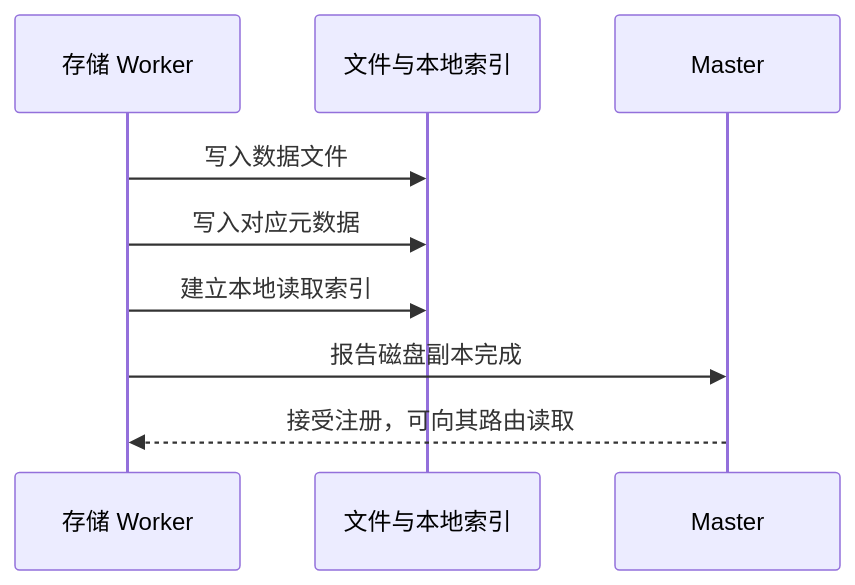
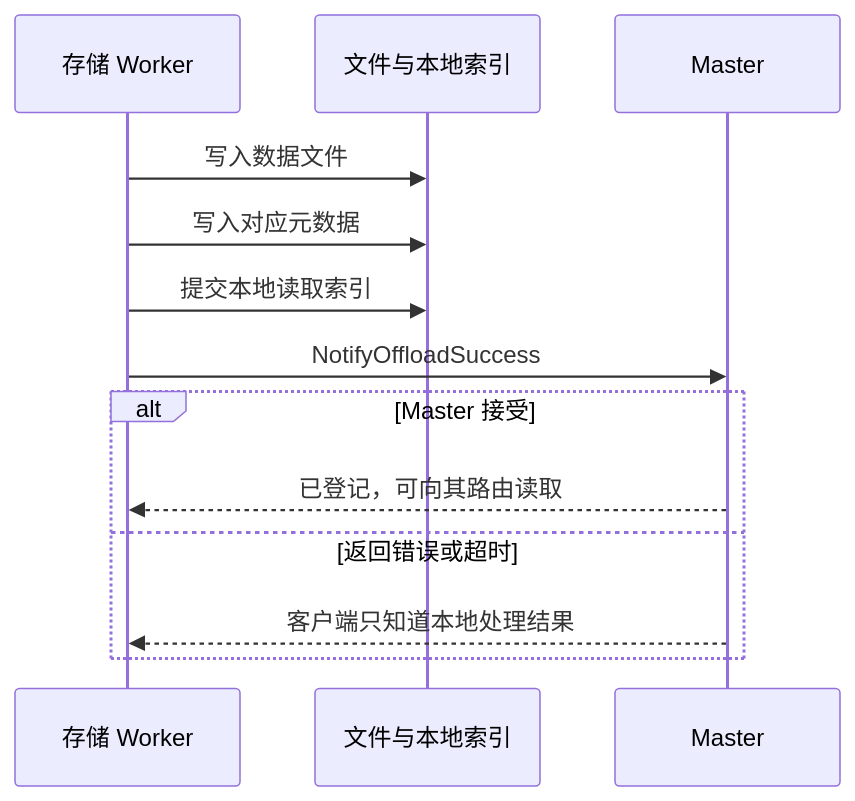
The second of 2 diagrams in mooncake-kv-cache-series/wechat/10-ssd-tiering.md (Hansyangxingxiang/Mooncake), drawn with Mermaid before and after one commit. The commit also changed other lines of this file and 42 other files, not shown here.

````diff
--- a/mooncake-kv-cache-series/wechat/10-ssd-tiering.md
+++ b/mooncake-kv-cache-series/wechat/10-ssd-tiering.md
@@ -53,11 +49,15 @@
 ```mermaid
 sequenceDiagram
     participant W as 存储 Worker
     participant D as 文件与本地索引
     participant M as Master
     W->>D: 写入数据文件
     W->>D: 写入对应元数据
-    W->>D: 建立本地读取索引
-    W->>M: 报告磁盘副本完成
-    M-->>W: 接受注册，可向其路由读取
+    W->>D: 提交本地读取索引
+    W->>M: NotifyOffloadSuccess
+    alt Master 接受
+        M-->>W: 已登记，可向其路由读取
+    else 返回错误或超时
+        M-->>W: 客户端只知道本地处理结果
+    end
 ```
````
